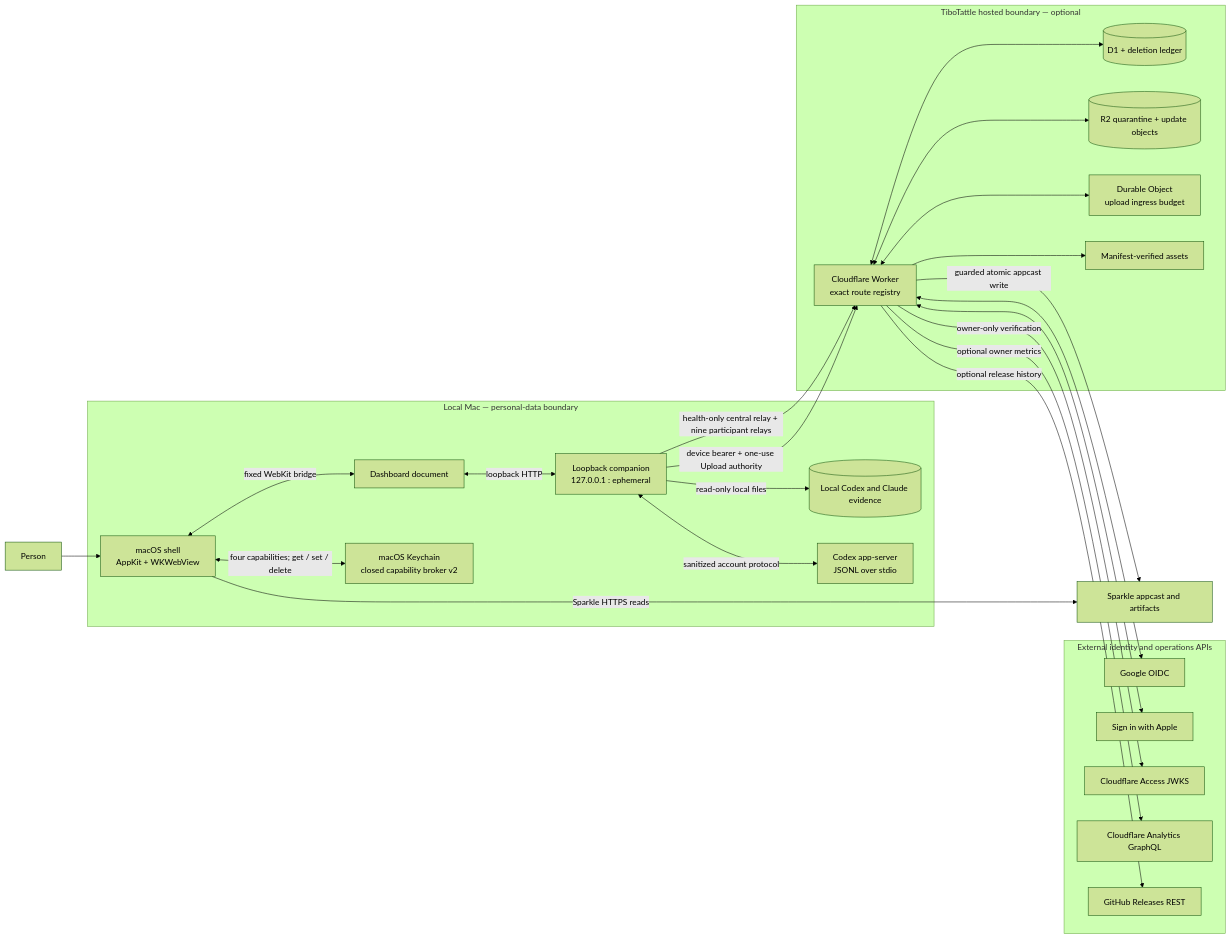
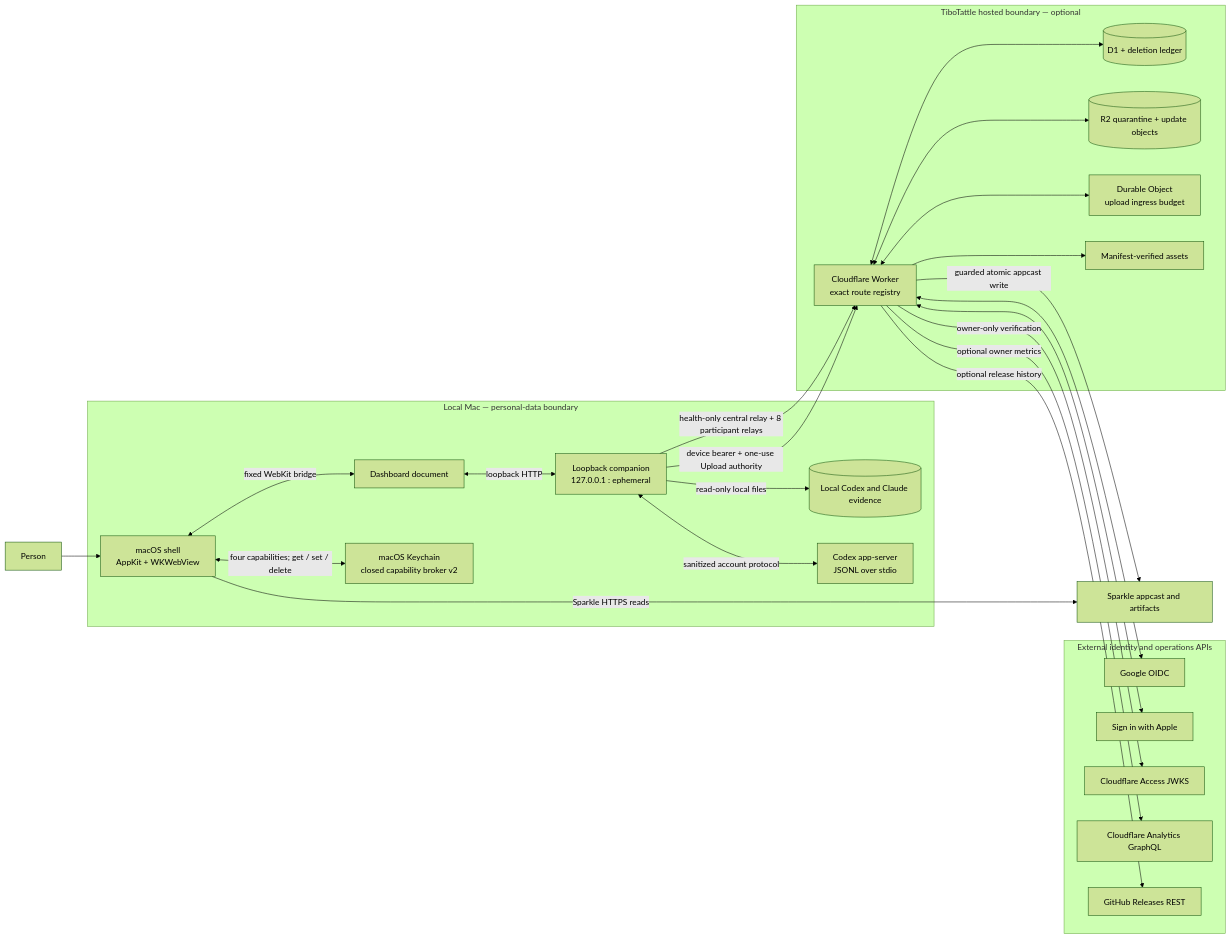
One commit to adamallcock/tibotattle changed the first of 2 diagrams in docs/reference/2026-08-26-api-surface-reference.md. Above: the diagram before and after it, drawn with Mermaid (forest theme). The commit also changed other lines of this file and 87 other files, not shown here.

````diff
--- a/docs/reference/2026-08-26-api-surface-reference.md
+++ b/docs/reference/2026-08-26-api-surface-reference.md
@@ -60,51 +60,51 @@
 ```mermaid
 flowchart LR
   Person[Person]
 
   subgraph Mac[Local Mac — personal-data boundary]
     Native[macOS shell<br/>AppKit + WKWebView]
     Web[Dashboard document]
     Local[Loopback companion<br/>127.0.0.1 : ephemeral]
     Evidence[(Local Codex and Claude evidence)]
     Codex[Codex app-server<br/>JSONL over stdio]
     Keychain[macOS Keychain<br/>closed capability broker v2]
   end
 
   subgraph Cloudflare[TiboTattle hosted boundary — optional]
     Worker[Cloudflare Worker<br/>exact route registry]
     Data[(D1 + deletion ledger)]
     Objects[(R2 quarantine + update objects)]
     Budget[Durable Object<br/>upload ingress budget]
     Assets[Manifest-verified assets]
   end
 
   subgraph Providers[External identity and operations APIs]
     Google[Google OIDC]
     Apple[Sign in with Apple]
     Access[Cloudflare Access JWKS]
     Analytics[Cloudflare Analytics GraphQL]
     GitHub[GitHub Releases REST]
   end
 
   Updates[Sparkle appcast and artifacts]
 
   Person --> Native
   Native <--> |fixed WebKit bridge| Web
   Web <--> |loopback HTTP| Local
   Local --> |read-only local files| Evidence
   Local <--> |sanitized account protocol| Codex
   Native <--> |four capabilities; get / set / delete| Keychain
-  Local --> |health-only central relay + nine participant relays| Worker
+  Local --> |health-only central relay + 8 participant relays| Worker
   Local --> |device bearer + one-use Upload authority| Worker
   Worker <--> Data
   Worker <--> Objects
   Worker <--> Budget
   Worker --> Assets
   Worker <--> Google
   Worker <--> Apple
   Worker --> |owner-only verification| Access
   Worker --> |optional owner metrics| Analytics
   Worker --> |optional release history| GitHub
   Native --> |Sparkle HTTPS reads| Updates
   Worker --> |guarded atomic appcast write| Updates
 ```
````
